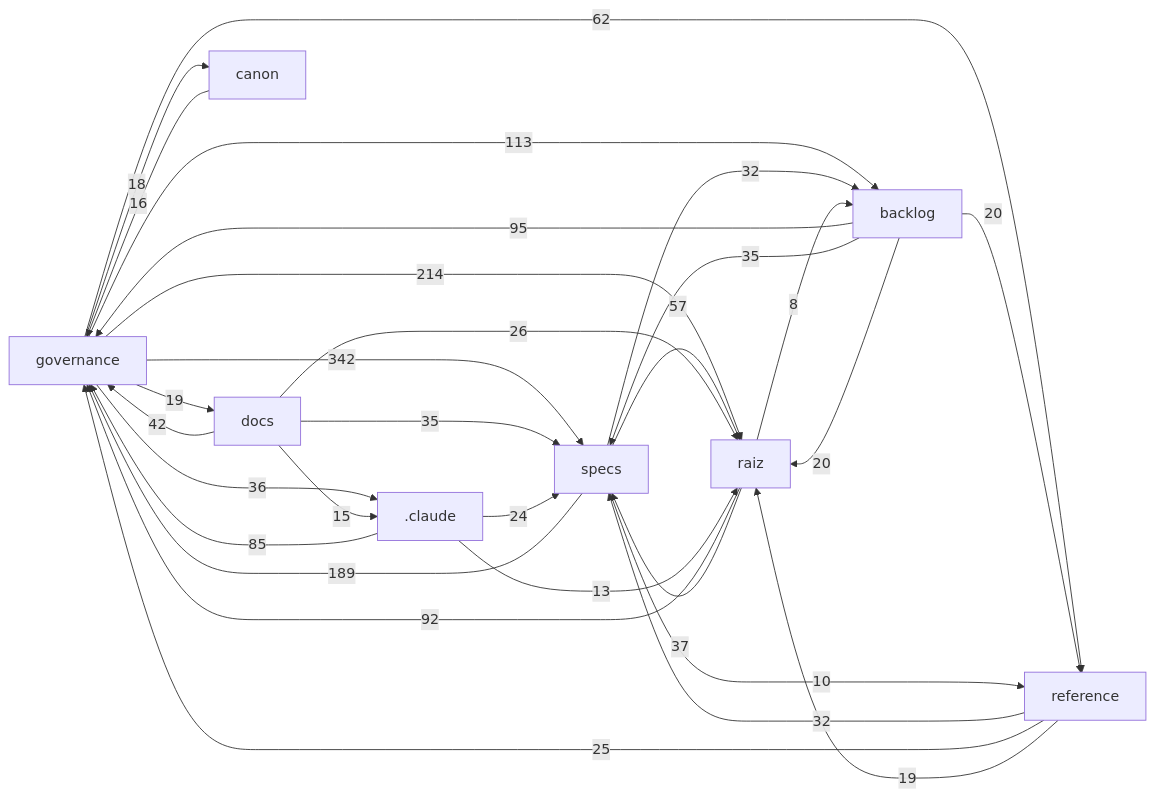
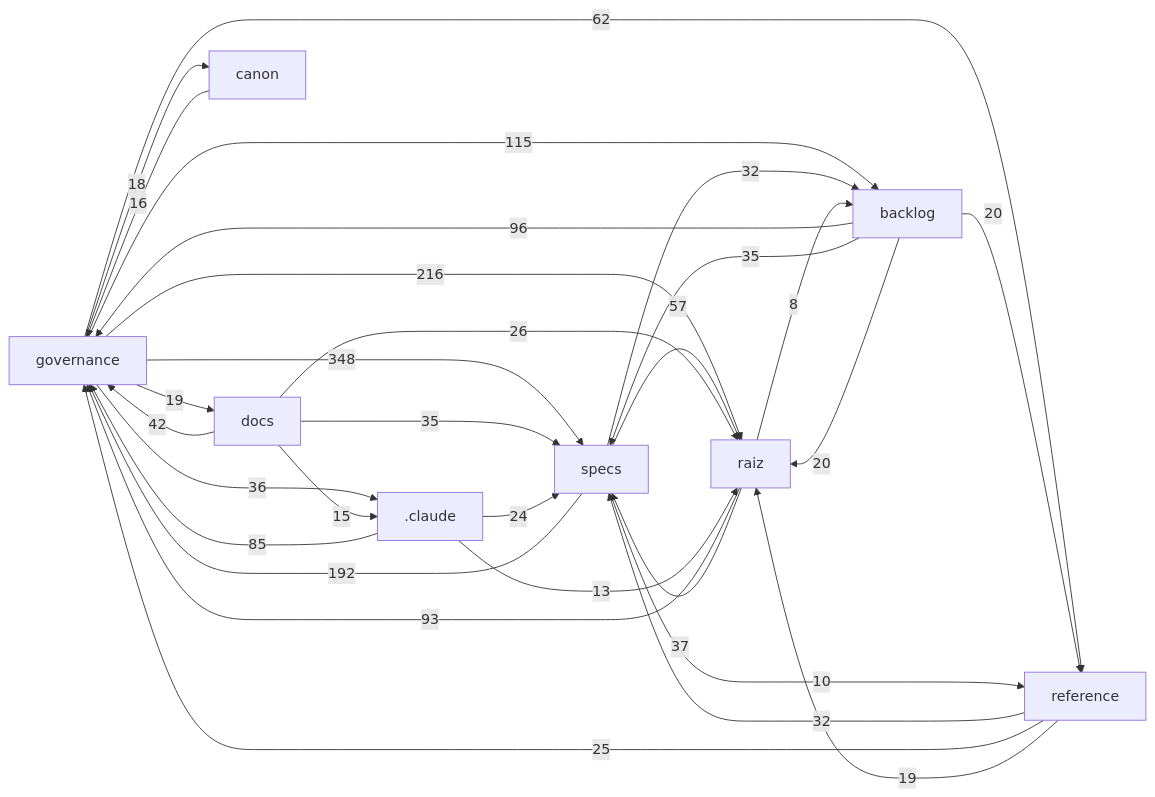
The diagram in docs/mapa/MAPA-PROJETO.md (Andraus35/Sistema-Operacional-de-Trading--SOT), drawn with Mermaid before and after one commit. The commit also changed other lines of this file and 9 other files, not shown here.

````diff
--- a/docs/mapa/MAPA-PROJETO.md
+++ b/docs/mapa/MAPA-PROJETO.md
@@ -30,32 +30,32 @@
 ```mermaid
 flowchart LR
-  governance["governance"] -->|342| specs["specs"]
-  governance["governance"] -->|214| raiz["raiz"]
-  specs["specs"] -->|189| governance["governance"]
-  governance["governance"] -->|113| backlog["backlog"]
-  backlog["backlog"] -->|95| governance["governance"]
-  raiz["raiz"] -->|92| governance["governance"]
+  governance["governance"] -->|348| specs["specs"]
+  governance["governance"] -->|216| raiz["raiz"]
+  specs["specs"] -->|192| governance["governance"]
+  governance["governance"] -->|115| backlog["backlog"]
+  backlog["backlog"] -->|96| governance["governance"]
+  raiz["raiz"] -->|93| governance["governance"]
   _claude[".claude"] -->|85| governance["governance"]
   governance["governance"] -->|62| reference["reference"]
   specs["specs"] -->|57| raiz["raiz"]
   docs["docs"] -->|42| governance["governance"]
   raiz["raiz"] -->|37| specs["specs"]
   governance["governance"] -->|36| _claude[".claude"]
   backlog["backlog"] -->|35| specs["specs"]
   docs["docs"] -->|35| specs["specs"]
   reference["reference"] -->|32| specs["specs"]
   specs["specs"] -->|32| backlog["backlog"]
   docs["docs"] -->|26| raiz["raiz"]
   reference["reference"] -->|25| governance["governance"]
   _claude[".claude"] -->|24| specs["specs"]
   backlog["backlog"] -->|20| raiz["raiz"]
   backlog["backlog"] -->|20| reference["reference"]
   governance["governance"] -->|19| docs["docs"]
   reference["reference"] -->|19| raiz["raiz"]
   governance["governance"] -->|18| canon["canon"]
   canon["canon"] -->|16| governance["governance"]
   docs["docs"] -->|15| _claude[".claude"]
   _claude[".claude"] -->|13| raiz["raiz"]
   specs["specs"] -->|10| reference["reference"]
   raiz["raiz"] -->|8| backlog["backlog"]
 ```
````
